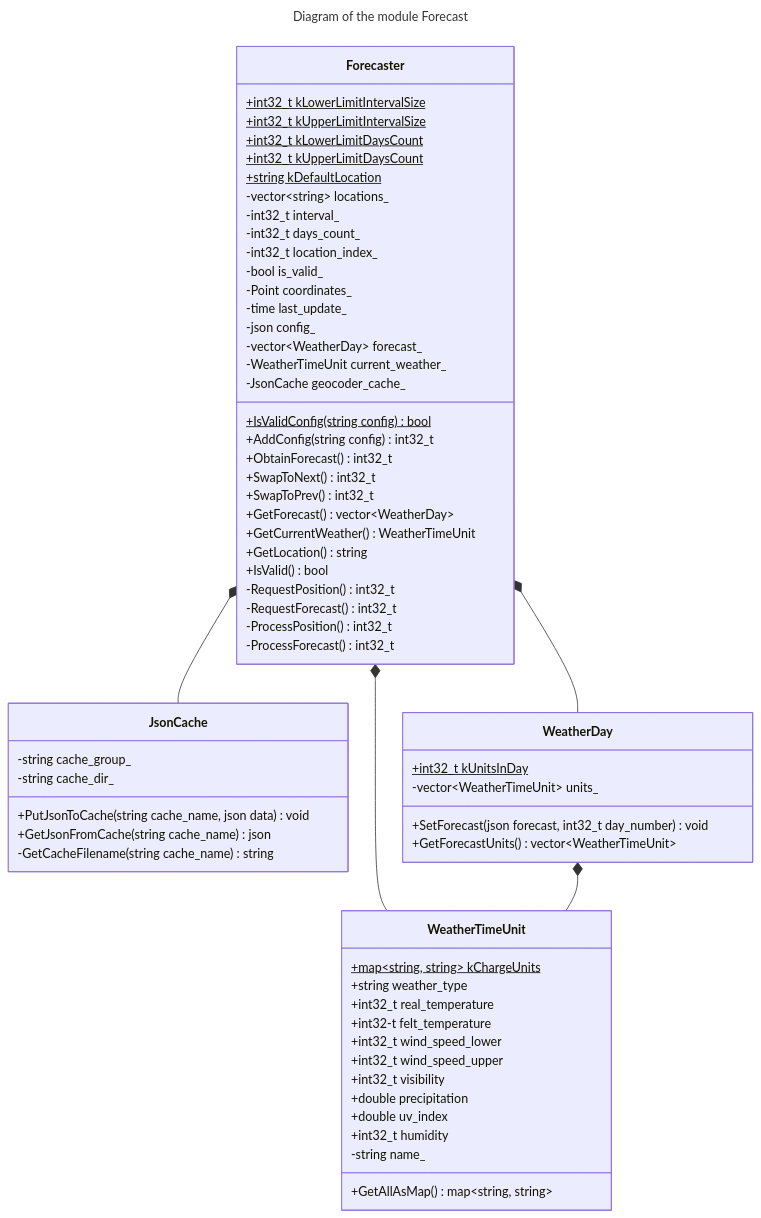
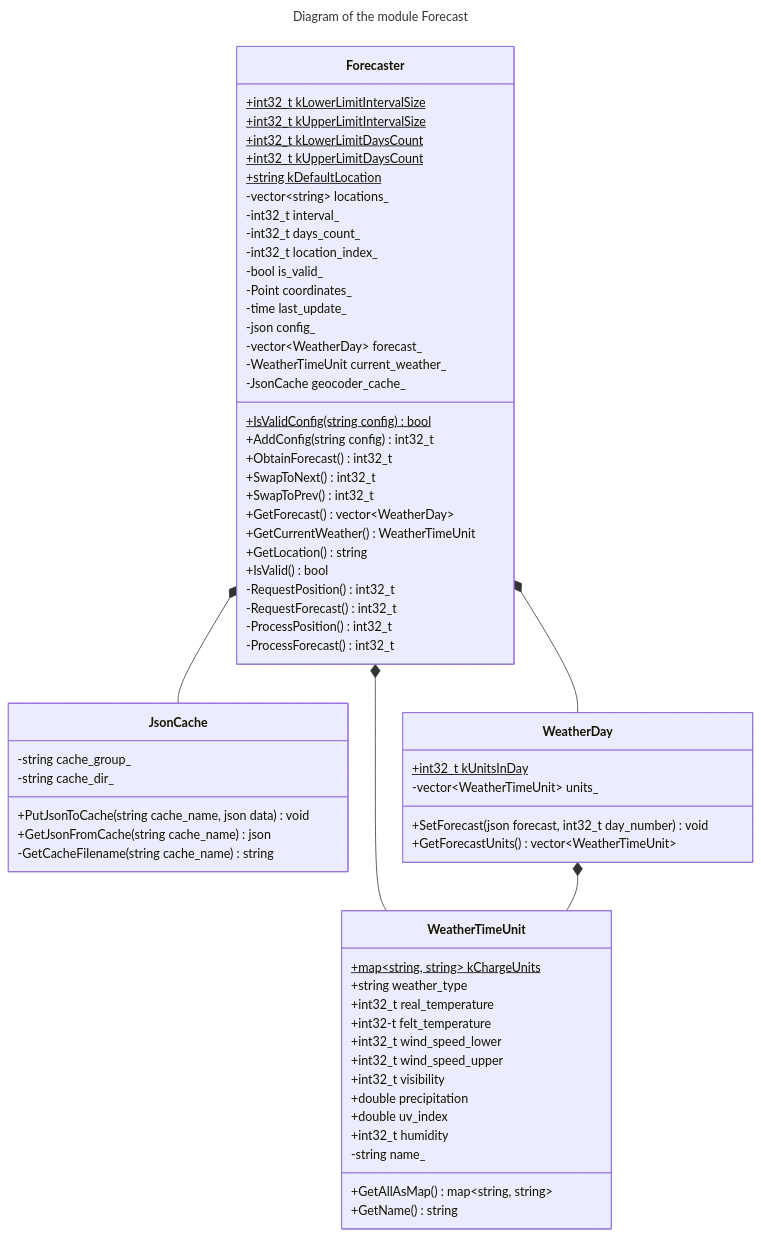
One commit to bialger/weather-forecast changed the second of 3 diagrams in docs/dev/architecture.md. Above: the diagram before and after it, drawn with Mermaid.

Commit message:
Minor architecture update

````diff
--- a/docs/dev/architecture.md
+++ b/docs/dev/architecture.md
@@ -56,75 +56,76 @@
 ```mermaid
 ---
 title: Diagram of the module Forecast
 ---
 %%{
   init: {
     'theme': 'base',
     'classDiagram': { 'curve': 'linaer' },
   }
 }%%
 classDiagram
   direction TB
   class Forecaster {
     +int32_t kLowerLimitIntervalSize$
     +int32_t kUpperLimitIntervalSize$
     +int32_t kLowerLimitDaysCount$
     +int32_t kUpperLimitDaysCount$
     +string kDefaultLocation$
     -vector~string~ locations_
     -int32_t interval_
     -int32_t days_count_
     -int32_t location_index_
     -bool is_valid_
     -Point coordinates_
     -time last_update_
     -json config_
     -vector~WeatherDay~ forecast_
     -WeatherTimeUnit current_weather_
     -JsonCache geocoder_cache_
     +IsValidConfig(string config)$ bool
     +AddConfig(string config) int32_t
     +ObtainForecast() int32_t
     +SwapToNext() int32_t
     +SwapToPrev() int32_t
     +GetForecast() vector~WeatherDay~
     +GetCurrentWeather() WeatherTimeUnit
     +GetLocation() string
     +IsValid() bool
     -RequestPosition() int32_t
     -RequestForecast() int32_t
     -ProcessPosition() int32_t
     -ProcessForecast() int32_t
   }
   class JsonCache {
     -string cache_group_
     -string cache_dir_
     +PutJsonToCache(string cache_name, json data) void
     +GetJsonFromCache(string cache_name) json
     -GetCacheFilename(string cache_name) string
   }
   class WeatherDay {
     +int32_t kUnitsInDay$
     -vector~WeatherTimeUnit~ units_
     +SetForecast(json forecast, int32_t day_number) void
     +GetForecastUnits() vector~WeatherTimeUnit~
   }
   class WeatherTimeUnit {
     +map~string, string~ kChargeUnits$
     +string weather_type
     +int32_t real_temperature
     +int32-t felt_temperature
     +int32_t wind_speed_lower
     +int32_t wind_speed_upper
     +int32_t visibility
     +double precipitation
     +double uv_index
     +int32_t humidity
     -string name_
     +GetAllAsMap() map~string, string~
+    +GetName() string
   }
   Forecaster *-- WeatherDay
   Forecaster *-- WeatherTimeUnit
   Forecaster *-- JsonCache
   WeatherDay *-- WeatherTimeUnit
 ```
````
